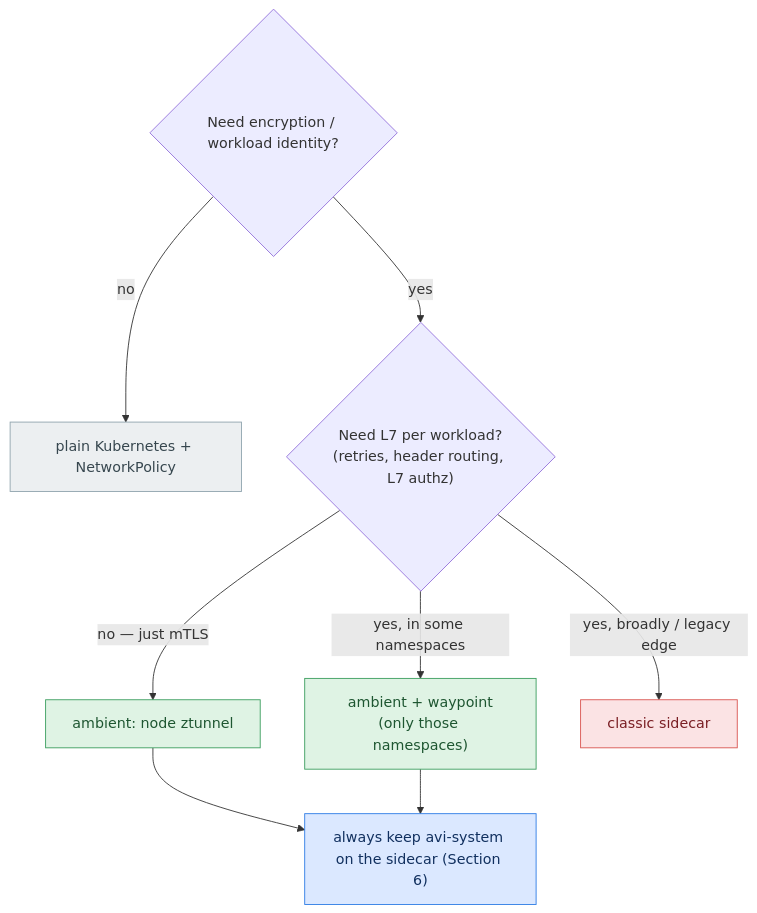
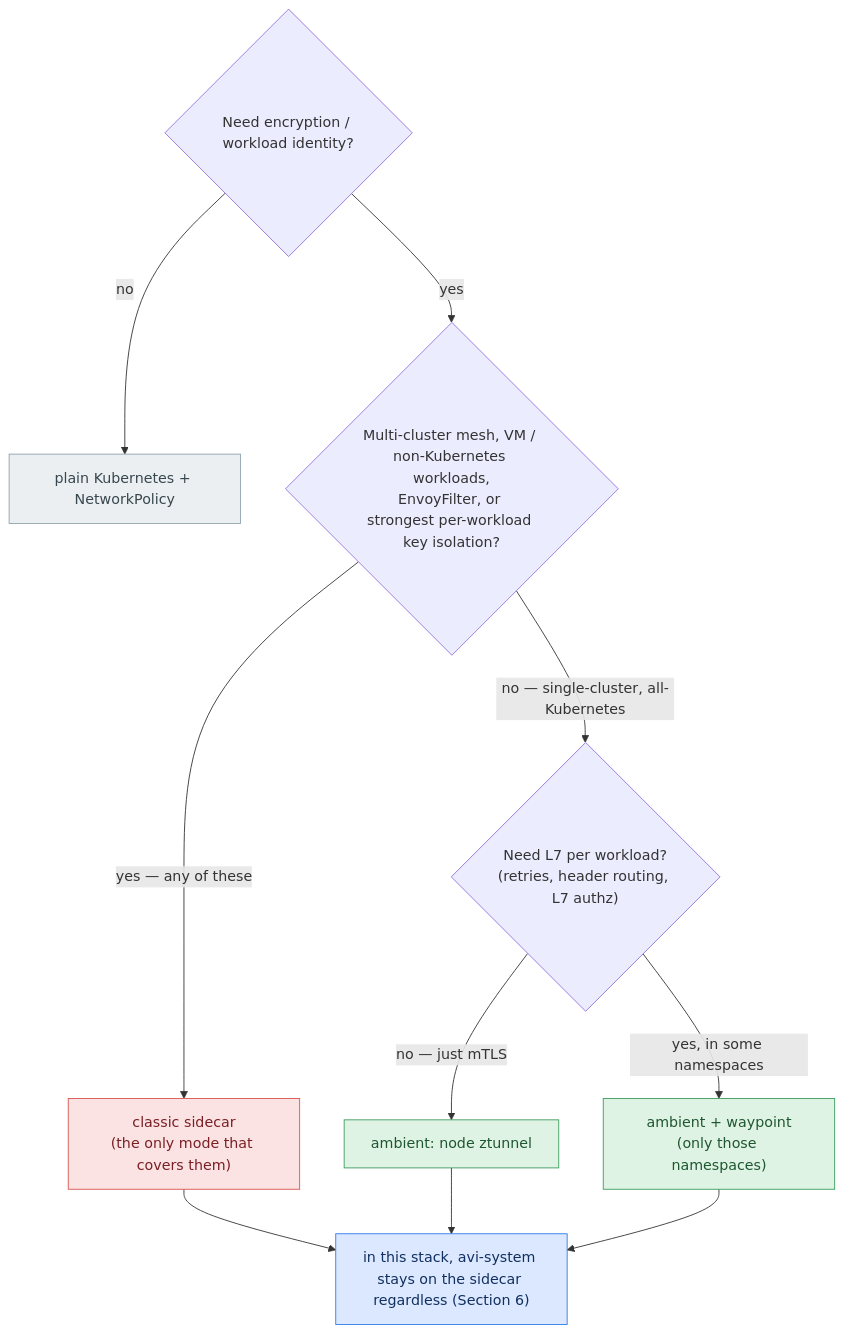
One commit to Alex-Electron/VMware-Tanzu-Zero-Trust-mTLS-playground changed the eighth of 9 diagrams in README.md. Above: the diagram before and after it, drawn with Mermaid. The commit also changed other lines of this file, not shown here.

First line of the commit message:
Article: Section 7 decision tree gated on multi-cluster/VM/EnvoyFilter; Section 4 ambient-on-Antrea; Section 6 structural diagnostic for the silent AKO failure

````diff
--- a/README.md
+++ b/README.md
@@ -411,18 +427,20 @@
 ```mermaid
 flowchart TD
     Q1{"Need encryption / workload identity?"} -->|"no"| P["plain Kubernetes + NetworkPolicy"]
-    Q1 -->|"yes"| Q2{"Need L7 per workload?<br/>(retries, header routing, L7 authz)"}
-    Q2 -->|"no — just mTLS"| A["ambient: node ztunnel"]
-    Q2 -->|"yes, in some namespaces"| AW["ambient + waypoint<br/>(only those namespaces)"]
-    Q2 -->|"yes, broadly / legacy edge"| S["classic sidecar"]
-    A --> NOTE["always keep avi-system on the sidecar (Section 6)"]
+    Q1 -->|"yes"| Q2{"Multi-cluster mesh, VM / non-Kubernetes workloads,<br/>EnvoyFilter, or strongest per-workload key isolation?"}
+    Q2 -->|"yes — any of these"| S["classic sidecar<br/>(the only mode that covers them)"]
+    Q2 -->|"no — single-cluster, all-Kubernetes"| Q3{"Need L7 per workload?<br/>(retries, header routing, L7 authz)"}
+    Q3 -->|"no — just mTLS"| A["ambient: node ztunnel"]
+    Q3 -->|"yes, in some namespaces"| AW["ambient + waypoint<br/>(only those namespaces)"]
+    S --> NOTE["in this stack, avi-system stays on the sidecar regardless (Section 6)"]
+    A --> NOTE
     AW --> NOTE
     class P plain
     class A,AW ambient
     class S sidecar
     class NOTE infra
     classDef plain fill:#eceff1,stroke:#90a4ae,color:#37474f;
     classDef ambient fill:#dff3e4,stroke:#3a9d5d,color:#1e5631;
     classDef sidecar fill:#fbe3e4,stroke:#d9534f,color:#7a1f24;
     classDef infra fill:#dbe8ff,stroke:#2c7be5,color:#11305f;
 ```
````
